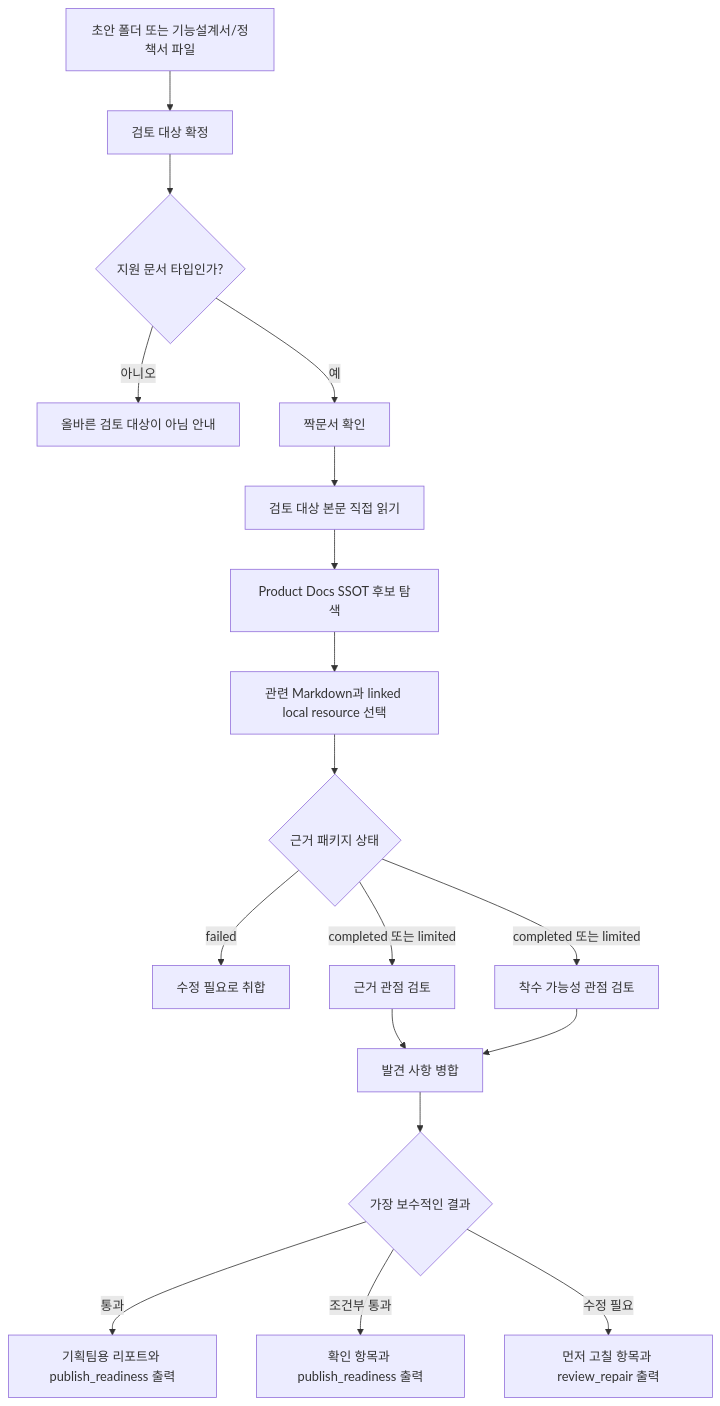
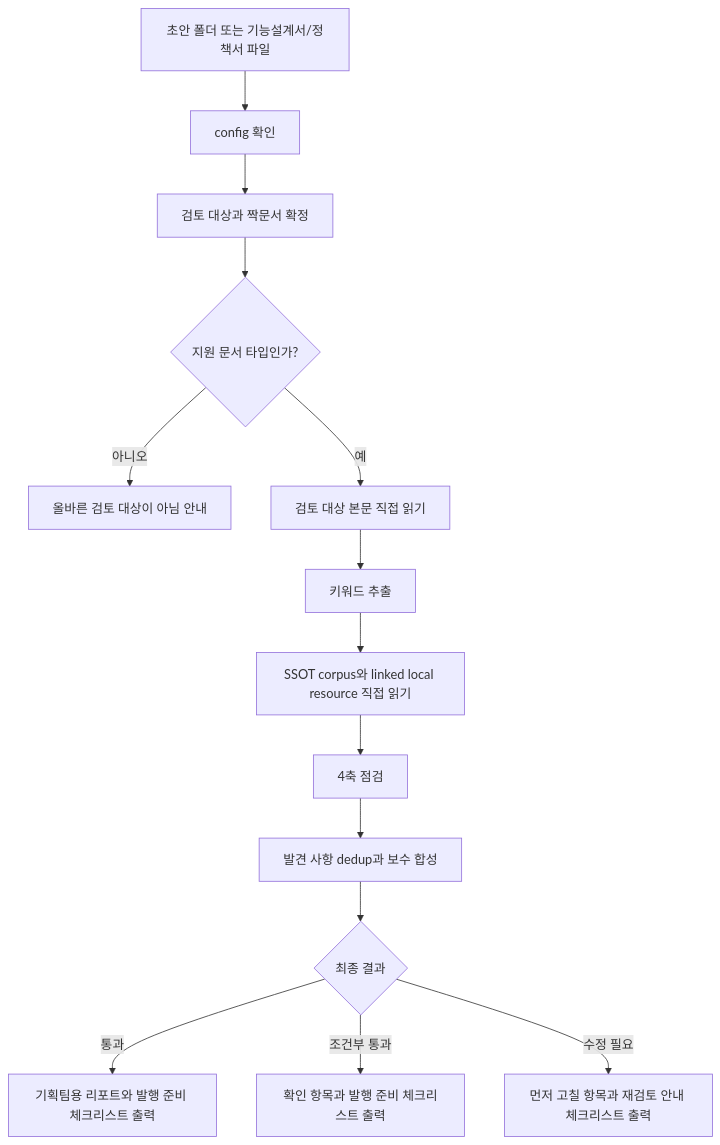
The fourth of 5 diagrams in product-team-kit/docs/skills-workflow.md (inkwonjung-colosseum/plugins), drawn with Mermaid before and after one commit. The commit also changed other lines of this file and 97 other files, not shown here.

````diff
--- a/product-team-kit/docs/skills-workflow.md
+++ b/product-team-kit/docs/skills-workflow.md
@@ -131,20 +161,16 @@
 ```mermaid
 flowchart TD
-    A[초안 폴더 또는 기능설계서/정책서 파일] --> B[검토 대상 확정]
-    B --> C{지원 문서 타입인가?}
-    C -- 아니오 --> D[올바른 검토 대상이 아님 안내]
-    C -- 예 --> E[짝문서 확인]
-    E --> F[검토 대상 본문 직접 읽기]
-    F --> G[Product Docs SSOT 후보 탐색]
-    G --> H[관련 Markdown과 linked local resource 선택]
-    H --> I{근거 패키지 상태}
-    I -- failed --> J[수정 필요로 취합]
-    I -- completed 또는 limited --> K[근거 관점 검토]
-    I -- completed 또는 limited --> M[착수 가능성 관점 검토]
-    K --> N[발견 사항 병합]
-    M --> N
-    N --> O{가장 보수적인 결과}
-    O -- 통과 --> P[기획팀용 리포트와 publish_readiness 출력]
-    O -- 조건부 통과 --> Q[확인 항목과 publish_readiness 출력]
-    O -- 수정 필요 --> R[먼저 고칠 항목과 review_repair 출력]
+    A[초안 폴더 또는 기능설계서/정책서 파일] --> B[config 확인]
+    B --> C[검토 대상과 짝문서 확정]
+    C --> D{지원 문서 타입인가?}
+    D -- 아니오 --> E[올바른 검토 대상이 아님 안내]
+    D -- 예 --> F[검토 대상 본문 직접 읽기]
+    F --> G[키워드 추출]
+    G --> H[SSOT corpus와 linked local resource 직접 읽기]
+    H --> I[4축 점검]
+    I --> J[발견 사항 dedup과 보수 합성]
+    J --> K{최종 결과}
+    K -- 통과 --> L[기획팀용 리포트와 발행 준비 체크리스트 출력]
+    K -- 조건부 통과 --> M[확인 항목과 발행 준비 체크리스트 출력]
+    K -- 수정 필요 --> N[먼저 고칠 항목과 재검토 안내 체크리스트 출력]
 ```
````
